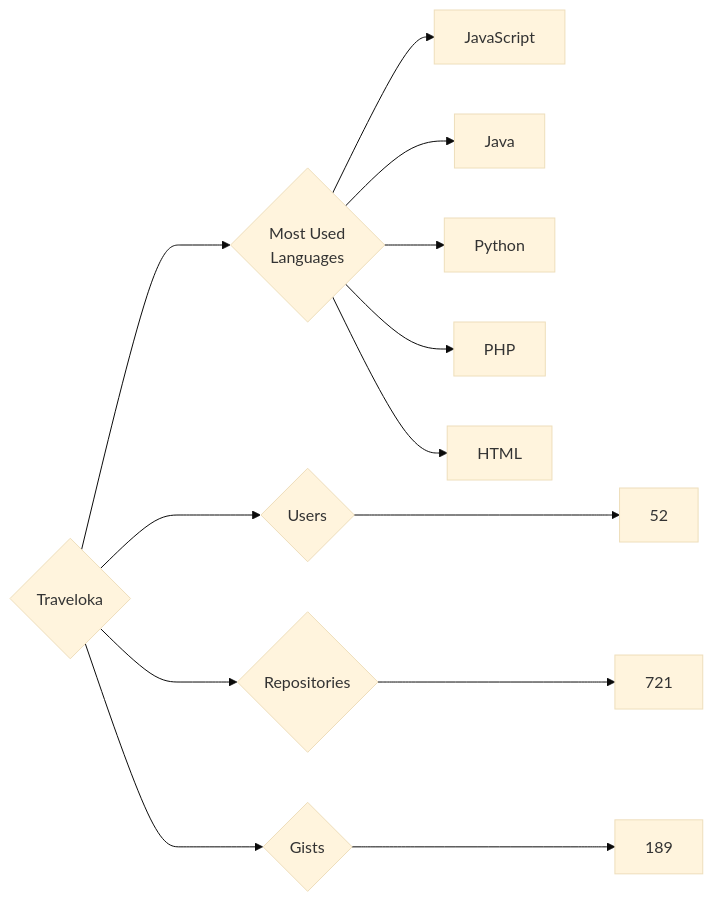
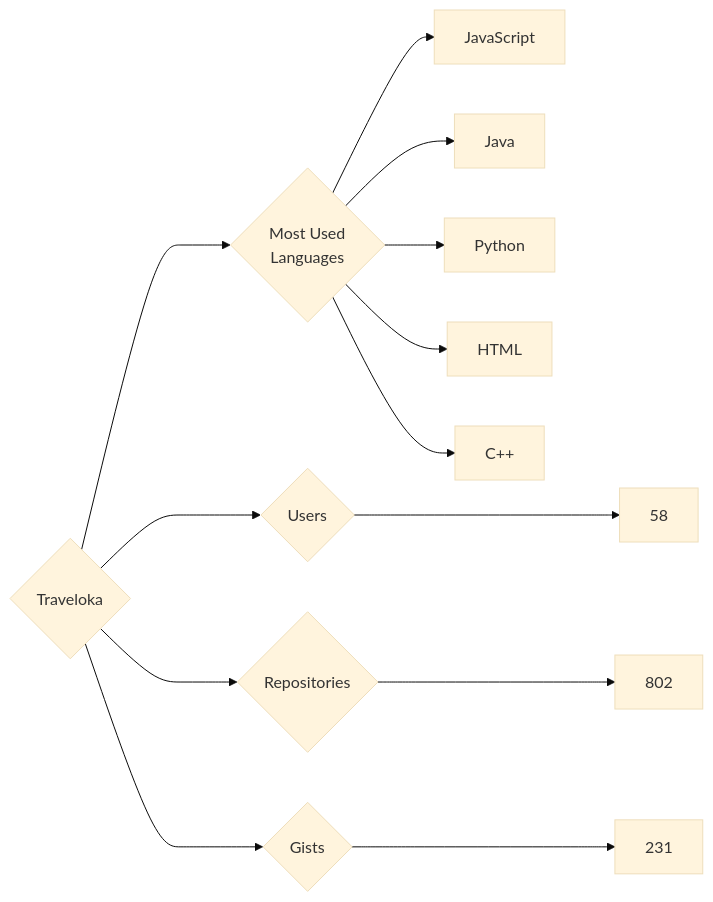
One commit to trickest/insiders changed the diagram in targets/Traveloka/README.md. Above: the diagram before and after it, drawn with Mermaid (base theme). The commit also changed 940 other files, not shown here.

````diff
--- a/targets/Traveloka/README.md
+++ b/targets/Traveloka/README.md
@@ -3,13 +3,13 @@
 ```mermaid
 graph LR
 COMPANY_NAME{Traveloka}
-COMPANY_NAME ---> U{Users} ---> UN[52]
-COMPANY_NAME ---> R{Repositories} ---> RN[721]
-COMPANY_NAME ---> G{Gists} ---> GN[189]
+COMPANY_NAME ---> U{Users} ---> UN[58]
+COMPANY_NAME ---> R{Repositories} ---> RN[802]
+COMPANY_NAME ---> G{Gists} ---> GN[231]
 COMPANY_NAME ---> ML{Most Used<br>Languages}
 ML --> JavaScript[JavaScript]
 ML --> Java[Java]
 ML --> Python[Python]
-ML --> PHP[PHP]
 ML --> HTML[HTML]
+ML --> C++[C++]
 ```
````
